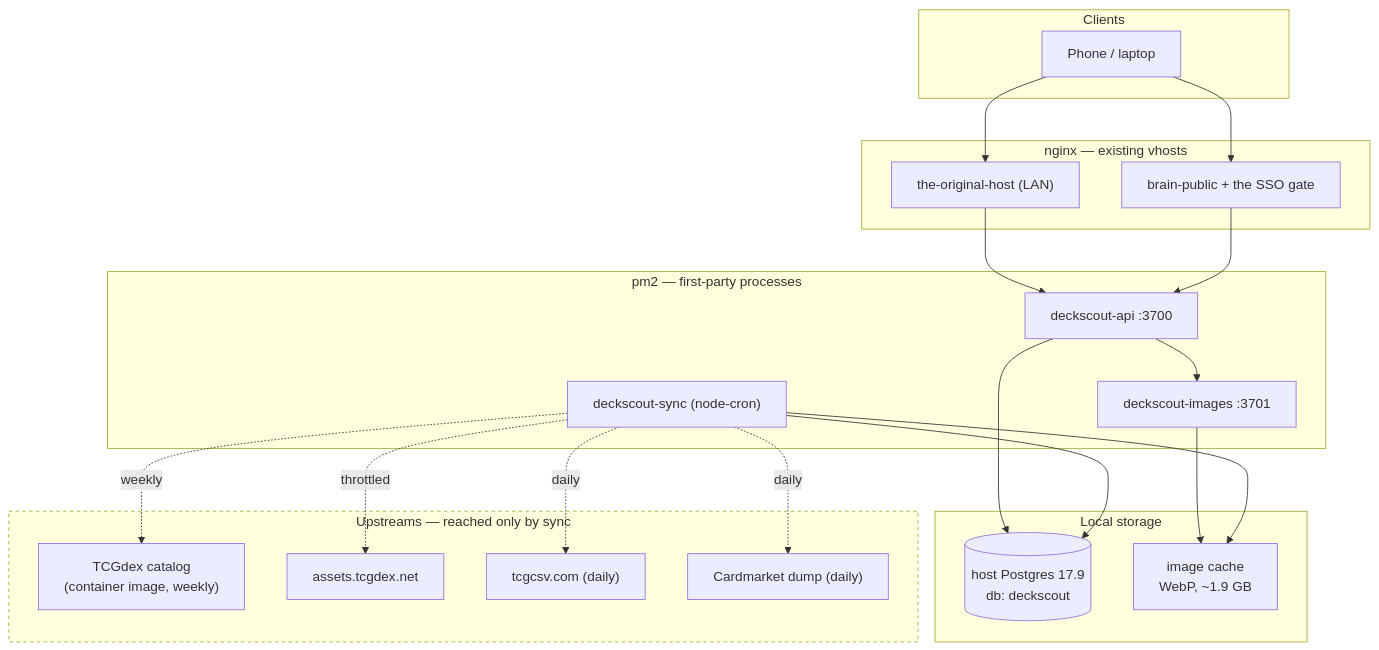
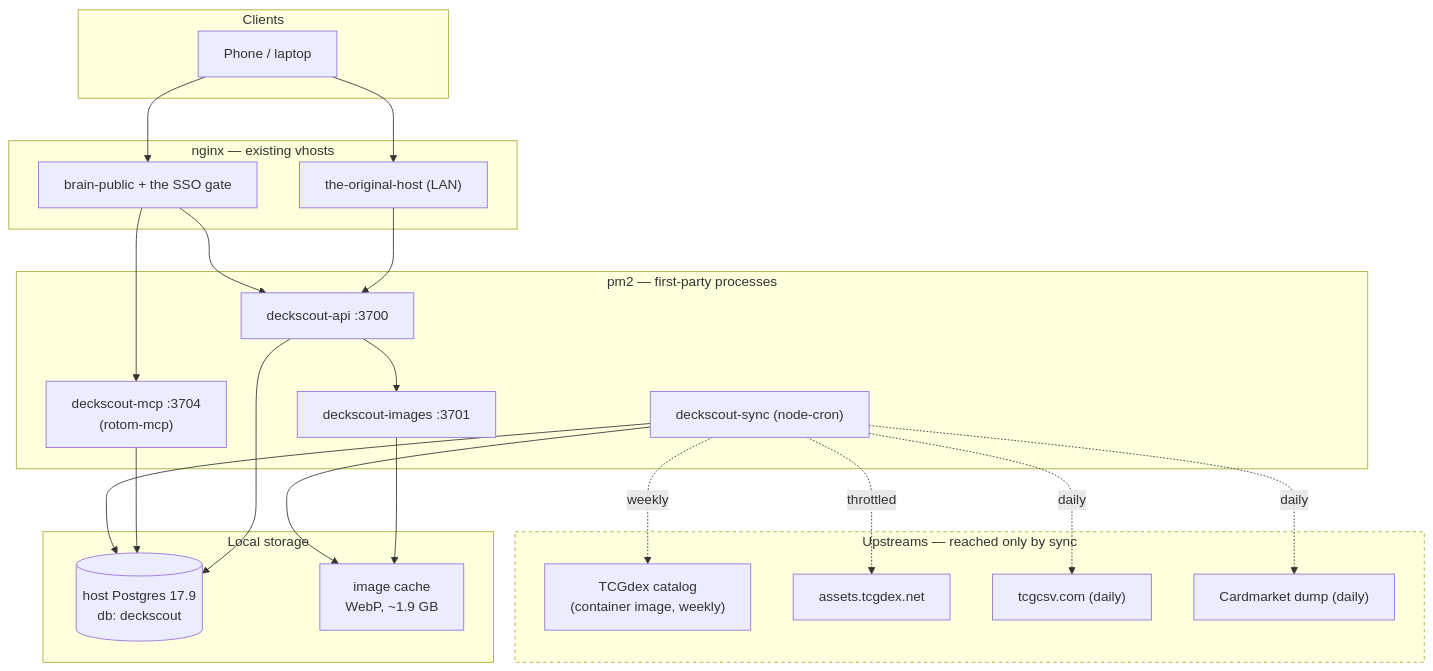
Before and after one commit to cheyras/deckpal: the diagram in ARCHITECTURE.md, drawn with Mermaid. The commit also changed other lines of this file and 10 other files, not shown here.

````diff
--- a/ARCHITECTURE.md
+++ b/ARCHITECTURE.md
@@ -51,40 +51,43 @@
 ```mermaid
 flowchart TB
     subgraph clients [Clients]
         phone[Phone / laptop]
     end
 
     subgraph nginx [nginx — existing vhosts]
         lan["the-original-host (LAN)"]
         pub["brain-public + the SSO gate"]
     end
 
     subgraph pm2 [pm2 — first-party processes]
         api["deckscout-api :3700"]
         img["deckscout-images :3701"]
+        mcp["deckscout-mcp :3704<br/>(rotom-mcp)"]
         sync["deckscout-sync (node-cron)"]
     end
 
     subgraph store [Local storage]
         pg[("host Postgres 17.9<br/>db: deckscout")]
         cache["image cache<br/>WebP, ~1.9 GB"]
     end
 
     subgraph up [Upstreams — reached only by sync]
         tcgdex["TCGdex catalog<br/>(container image, weekly)"]
         assets["assets.tcgdex.net"]
         tcgcsv["tcgcsv.com (daily)"]
         cm["Cardmarket dump (daily)"]
     end
 
     phone --> lan & pub --> api
+    pub --> mcp
     api --> pg
     api --> img --> cache
+    mcp --> pg
     sync --> pg & cache
     sync -.weekly.-> tcgdex
     sync -.throttled.-> assets
     sync -.daily.-> tcgcsv & cm
 
     classDef net stroke-dasharray: 4 4
     class up net
 ```
````
